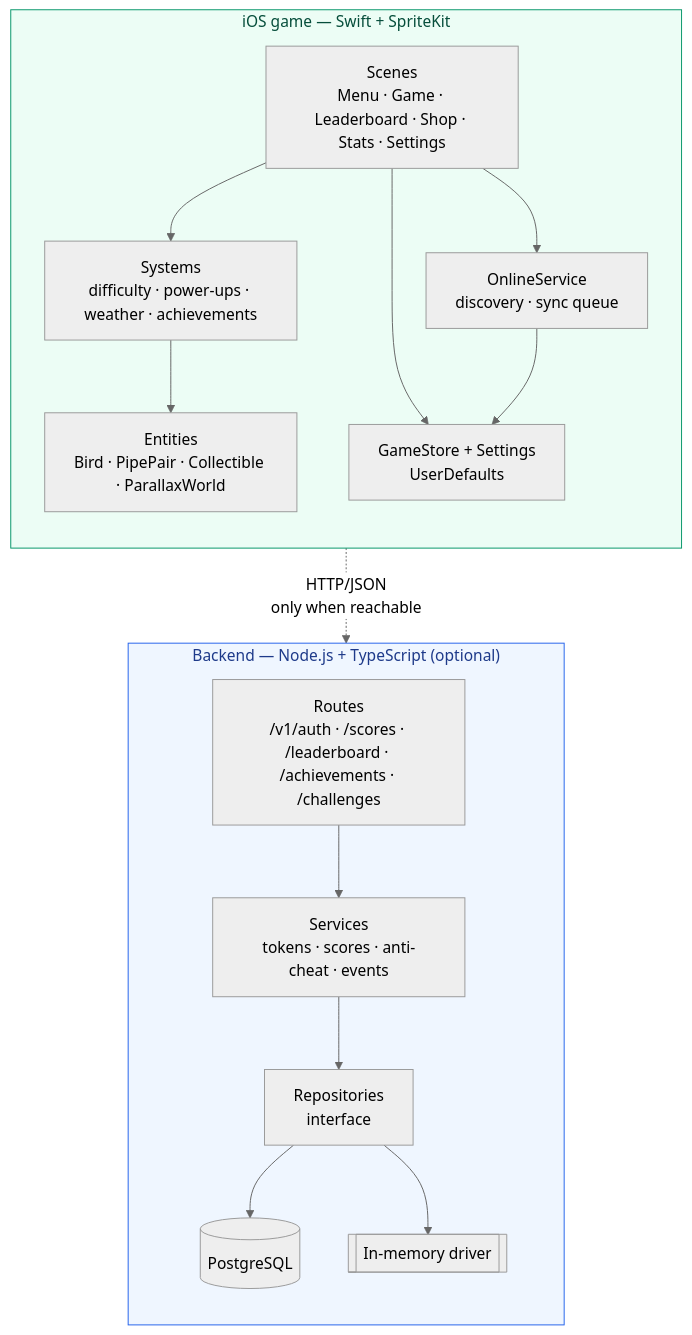
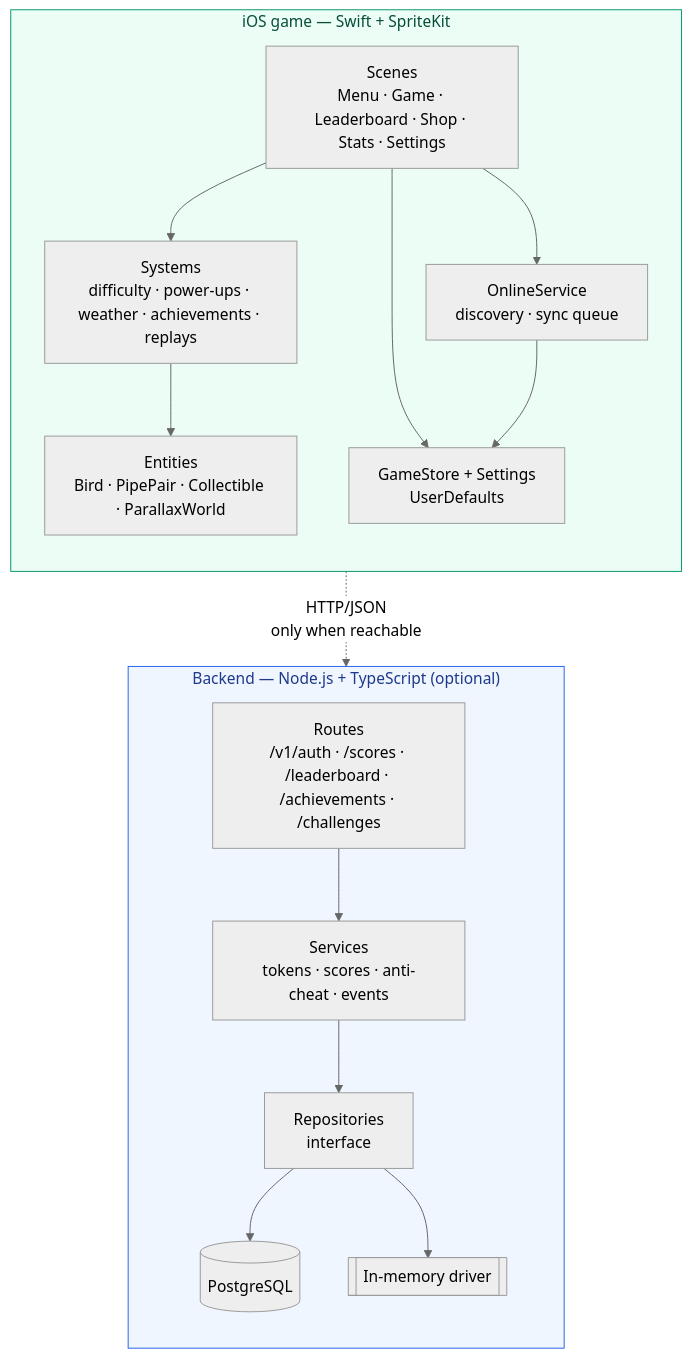
The first of 4 diagrams in docs/ARCHITECTURE.md (hoangsonww/Flappy-Bird-Game), drawn with Mermaid (neutral theme) before and after one commit. The commit also changed other lines of this file and 30 other files, not shown here.

````diff
--- a/docs/ARCHITECTURE.md
+++ b/docs/ARCHITECTURE.md
@@ -7,34 +7,34 @@
 ```mermaid
 flowchart TB
     subgraph Game["iOS game — Swift + SpriteKit"]
         direction TB
         Scenes["Scenes<br/>Menu · Game · Leaderboard · Shop · Stats · Settings"]
-        Systems["Systems<br/>difficulty · power-ups · weather · achievements"]
+        Systems["Systems<br/>difficulty · power-ups · weather · achievements · replays"]
         Entities["Entities<br/>Bird · PipePair · Collectible · ParallaxWorld"]
         Store["GameStore + Settings<br/>UserDefaults"]
         Online["OnlineService<br/>discovery · sync queue"]
 
         Scenes --> Systems --> Entities
         Scenes --> Store
         Scenes --> Online
         Online --> Store
     end
 
     subgraph Backend["Backend — Node.js + TypeScript (optional)"]
         direction TB
         Routes["Routes<br/>/v1/auth · /scores · /leaderboard · /achievements · /challenges"]
         Services["Services<br/>tokens · scores · anti-cheat · events"]
         Repos["Repositories<br/>interface"]
         PG[("PostgreSQL")]
         Mem[["In-memory driver"]]
 
         Routes --> Services --> Repos
         Repos --> PG
         Repos --> Mem
     end
 
     Online -. "HTTP/JSON<br/>only when reachable" .-> Routes
 
     style Game fill:#ecfdf5,stroke:#059669,color:#064e3b
     style Backend fill:#eff6ff,stroke:#2563eb,color:#1e3a8a
 ```
````
